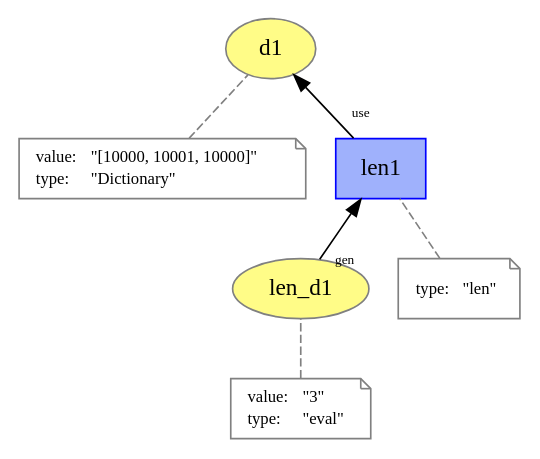
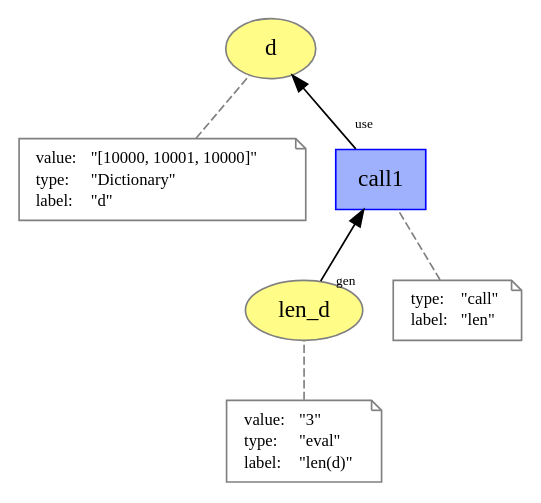
One commit to dew-uff/versioned-prov changed the diagram in prov_dictionary/call.dot. Above: the diagram before and after it, drawn with Graphviz. The commit also changed 51 other files, not shown here.

```diff
--- a/prov_dictionary/call.dot
+++ b/prov_dictionary/call.dot
@@ -1,36 +1,48 @@
 digraph "PROV" { size="16,12"; rankdir="BT";
-"http://example.org/d1" [fillcolor="#FFFC87",color="#808080",style="filled",label="d1",URL="http://example.org/d1"]
+"http://example.org/d" [fillcolor="#FFFC87",color="#808080",style="filled",label="d",URL="http://example.org/d"]
 "-attrs0" [color="gray",shape="note",fontsize="10",fontcolor="black",label=<<TABLE cellpadding="0" border="0">
 	<TR>
 	    <TD align="left">value:</TD>
 	    <TD align="left">&quot;[10000, 10001, 10000]&quot;</TD>
 	</TR>
 	<TR>
 	    <TD align="left">type:</TD>
 	    <TD align="left">&quot;Dictionary&quot;</TD>
 	</TR>
+	<TR>
+	    <TD align="left">label:</TD>
+	    <TD align="left">&quot;d&quot;</TD>
+	</TR>
 </TABLE>>]
-"-attrs0" -> "http://example.org/d1" [color="gray",style="dashed",arrowhead="none"]
-"http://example.org/len_d1" [fillcolor="#FFFC87",color="#808080",style="filled",label="len_d1",URL="http://example.org/len_d1"]
+"-attrs0" -> "http://example.org/d" [color="gray",style="dashed",arrowhead="none"]
+"http://example.org/len_d" [fillcolor="#FFFC87",color="#808080",style="filled",label="len_d",URL="http://example.org/len_d"]
 "-attrs1" [color="gray",shape="note",fontsize="10",fontcolor="black",label=<<TABLE cellpadding="0" border="0">
 	<TR>
 	    <TD align="left">value:</TD>
 	    <TD align="left">&quot;3&quot;</TD>
 	</TR>
 	<TR>
 	    <TD align="left">type:</TD>
 	    <TD align="left">&quot;eval&quot;</TD>
 	</TR>
+	<TR>
+	    <TD align="left">label:</TD>
+	    <TD align="left">&quot;len(d)&quot;</TD>
+	</TR>
 </TABLE>>]
-"-attrs1" -> "http://example.org/len_d1" [color="gray",style="dashed",arrowhead="none"]
-"http://example.org/len1" [fillcolor="#9FB1FC",color="#0000FF",shape="polygon",sides="4",style="filled",label="len1",URL="http://example.org/len1"]
+"-attrs1" -> "http://example.org/len_d" [color="gray",style="dashed",arrowhead="none"]
+"http://example.org/call1" [fillcolor="#9FB1FC",color="#0000FF",shape="polygon",sides="4",style="filled",label="call1",URL="http://example.org/call1"]
 "-attrs2" [color="gray",shape="note",fontsize="10",fontcolor="black",label=<<TABLE cellpadding="0" border="0">
 	<TR>
 	    <TD align="left">type:</TD>
+	    <TD align="left">&quot;call&quot;</TD>
+	</TR>
+	<TR>
+	    <TD align="left">label:</TD>
 	    <TD align="left">&quot;len&quot;</TD>
 	</TR>
 </TABLE>>]
-"-attrs2" -> "http://example.org/len1" [color="gray",style="dashed",arrowhead="none"]
-"http://example.org/len1" -> "http://example.org/d1" [labelfontsize="8",labeldistance="1.5",labelangle="60.0",rotation="20",taillabel="use"]
-"http://example.org/len_d1" -> "http://example.org/len1" [labelfontsize="8",labeldistance="1.5",labelangle="60.0",rotation="20",taillabel="gen"]
+"-attrs2" -> "http://example.org/call1" [color="gray",style="dashed",arrowhead="none"]
+"http://example.org/call1" -> "http://example.org/d" [labelfontsize="8",labeldistance="1.5",labelangle="60.0",rotation="20",taillabel="use"]
+"http://example.org/len_d" -> "http://example.org/call1" [labelfontsize="8",labeldistance="1.5",labelangle="60.0",rotation="20",taillabel="gen"]
 }
```
